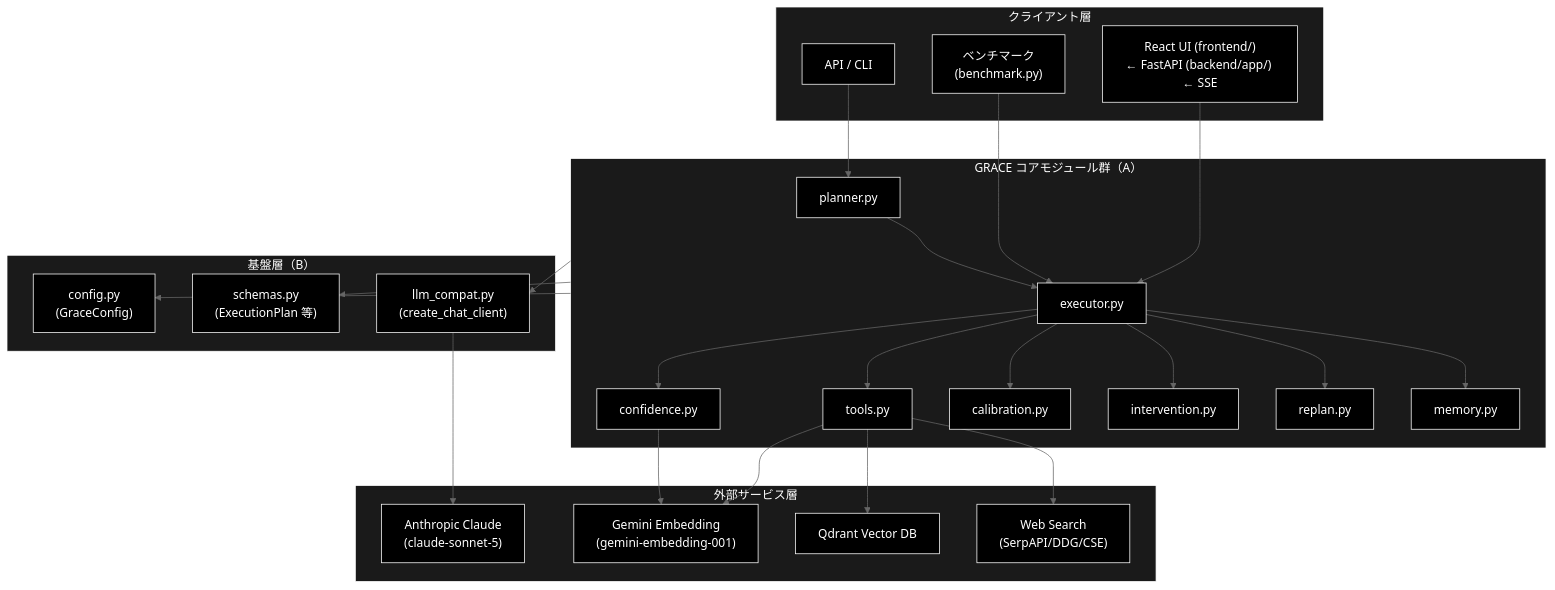
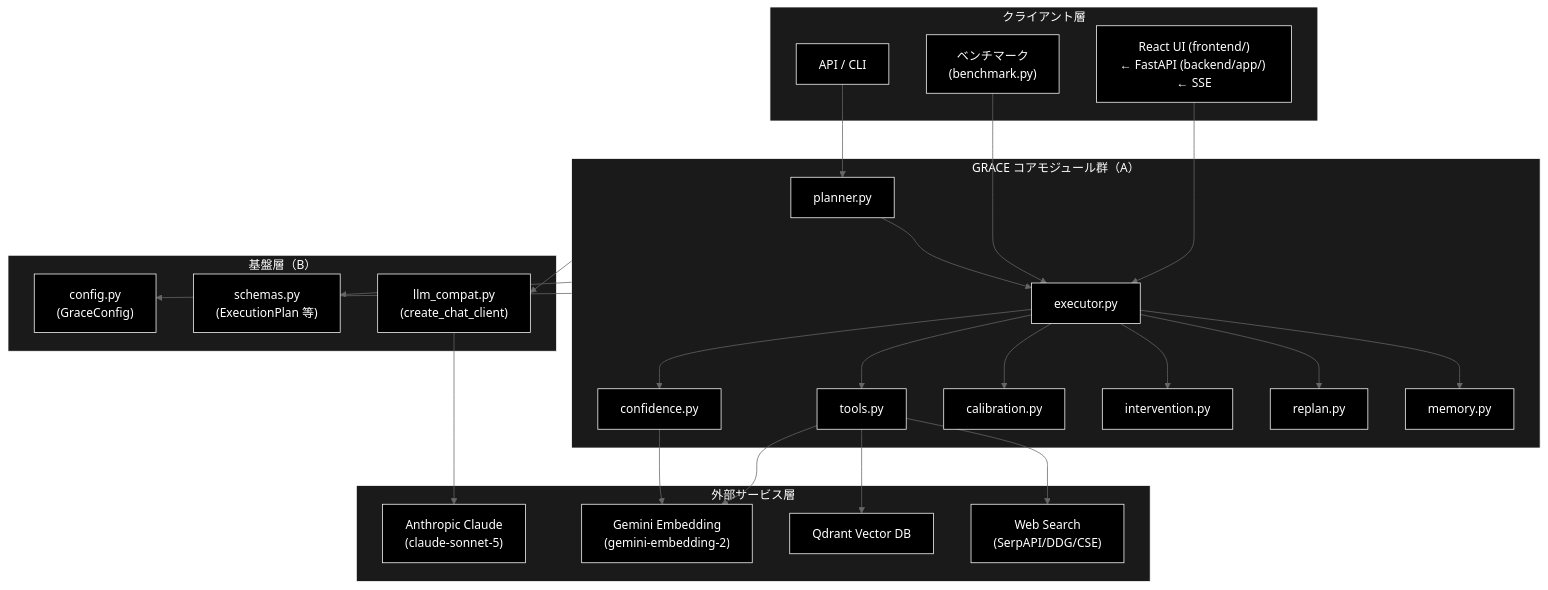
The second of 7 diagrams in grace/docs/grace_core.md (nakashima2toshio/grace_v2), drawn with Mermaid (neutral theme) before and after one commit. The commit also changed other lines of this file and 45 other files, not shown here.

First line of the commit message:
docs: 現在の Embedding の記述を gemini-embedding-2 へ是正（約 40 文書）

````diff
--- a/grace/docs/grace_core.md
+++ b/grace/docs/grace_core.md
@@ -150,60 +150,60 @@
 ```mermaid
 flowchart TB
     subgraph CLIENT["クライアント層"]
         UI["React UI (frontend/)<br>← FastAPI (backend/app/) ← SSE"]
         BENCH["ベンチマーク<br>(benchmark.py)"]
         API["API / CLI"]
     end
 
     subgraph CORE["GRACE コアモジュール群（A）"]
         PLANNER["planner.py"]
         EXECUTOR["executor.py"]
         TOOLS["tools.py"]
         CONFIDENCE["confidence.py"]
         CALIBRATION["calibration.py"]
         INTERVENTION["intervention.py"]
         REPLAN["replan.py"]
         MEMORY["memory.py"]
     end
 
     subgraph FOUND["基盤層（B）"]
         CONFIG["config.py<br>(GraceConfig)"]
         SCHEMAS["schemas.py<br>(ExecutionPlan 等)"]
         LLMCOMPAT["llm_compat.py<br>(create_chat_client)"]
     end
 
     subgraph EXTERNAL["外部サービス層"]
         ANTHROPIC["Anthropic Claude<br>(claude-sonnet-5)"]
-        GEMINI["Gemini Embedding<br>(gemini-embedding-001)"]
+        GEMINI["Gemini Embedding<br>(gemini-embedding-2)"]
         QDRANT["Qdrant Vector DB"]
         WEB["Web Search<br>(SerpAPI/DDG/CSE)"]
     end
 
     UI --> EXECUTOR
     BENCH --> EXECUTOR
     API --> PLANNER
     PLANNER --> EXECUTOR
     EXECUTOR --> TOOLS
     EXECUTOR --> CONFIDENCE
     EXECUTOR --> CALIBRATION
     EXECUTOR --> INTERVENTION
     EXECUTOR --> REPLAN
     EXECUTOR --> MEMORY
 
     CORE --> CONFIG
     CORE --> SCHEMAS
     CORE --> LLMCOMPAT
 
     LLMCOMPAT --> ANTHROPIC
     TOOLS --> GEMINI
     CONFIDENCE --> GEMINI
     TOOLS --> QDRANT
     TOOLS --> WEB
 classDef default fill:#000,stroke:#fff,color:#fff
 classDef subgraphStyle fill:#1a1a1a,stroke:#fff,color:#fff
 class UI,BENCH,API,PLANNER,EXECUTOR,TOOLS,CONFIDENCE,CALIBRATION,INTERVENTION,REPLAN,MEMORY,CONFIG,SCHEMAS,LLMCOMPAT,ANTHROPIC,GEMINI,QDRANT,WEB default
 style CLIENT fill:#1a1a1a,stroke:#fff,color:#fff
 style CORE fill:#1a1a1a,stroke:#fff,color:#fff
 style FOUND fill:#1a1a1a,stroke:#fff,color:#fff
 style EXTERNAL fill:#1a1a1a,stroke:#fff,color:#fff
 ```
````
